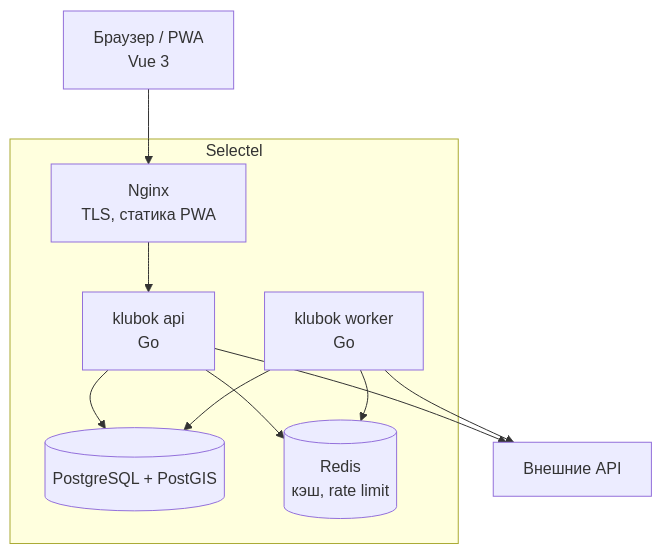
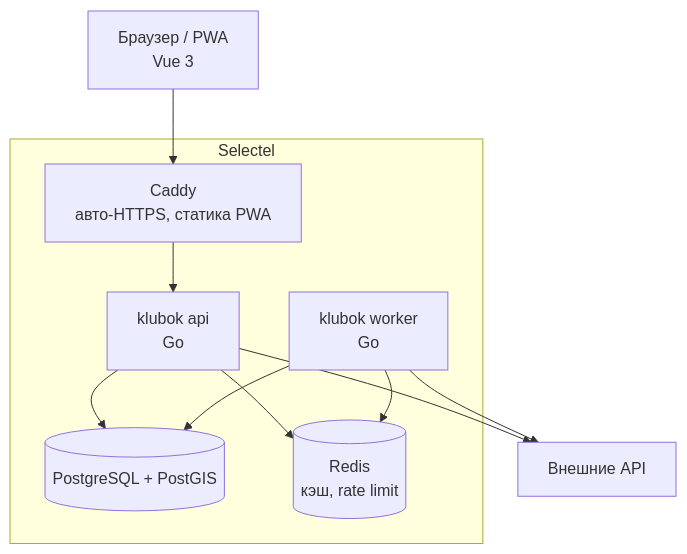
The second of 3 diagrams in docs/04-architecture.md (SergeyLazarevv/Klubok), drawn with Mermaid before and after one commit. The commit also changed other lines of this file and 12 other files, not shown here.

````diff
--- a/docs/04-architecture.md
+++ b/docs/04-architecture.md
@@ -25,13 +25,13 @@
 ```mermaid
 flowchart TB
     subgraph Selectel
-        N[Nginx<br/>TLS, статика PWA] --> API[klubok api<br/>Go]
+        N[Caddy<br/>авто-HTTPS, статика PWA] --> API[klubok api<br/>Go]
         API --> PG[(PostgreSQL + PostGIS)]
         API --> RD[(Redis<br/>кэш, rate limit)]
         W[klubok worker<br/>Go] --> PG
         W --> RD
     end
     B[Браузер / PWA<br/>Vue 3] --> N
     API --> EXT[Внешние API]
     W --> EXT
 ```
````
